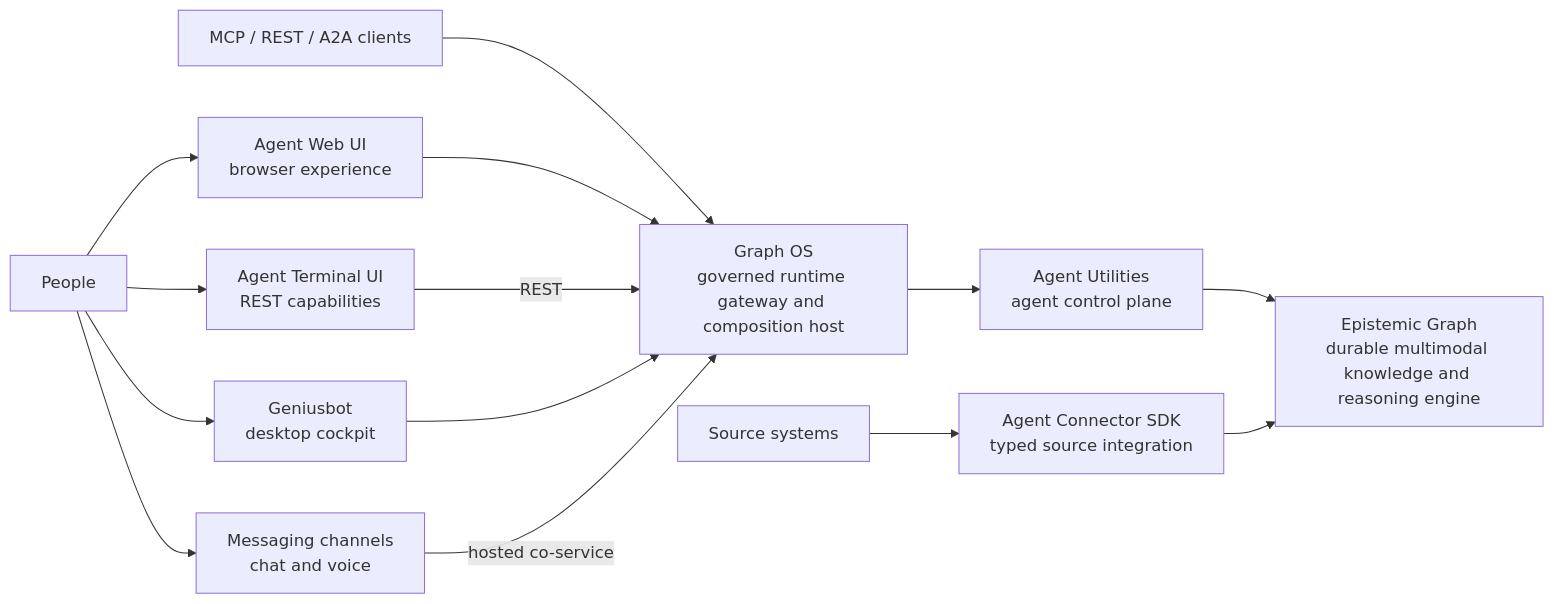
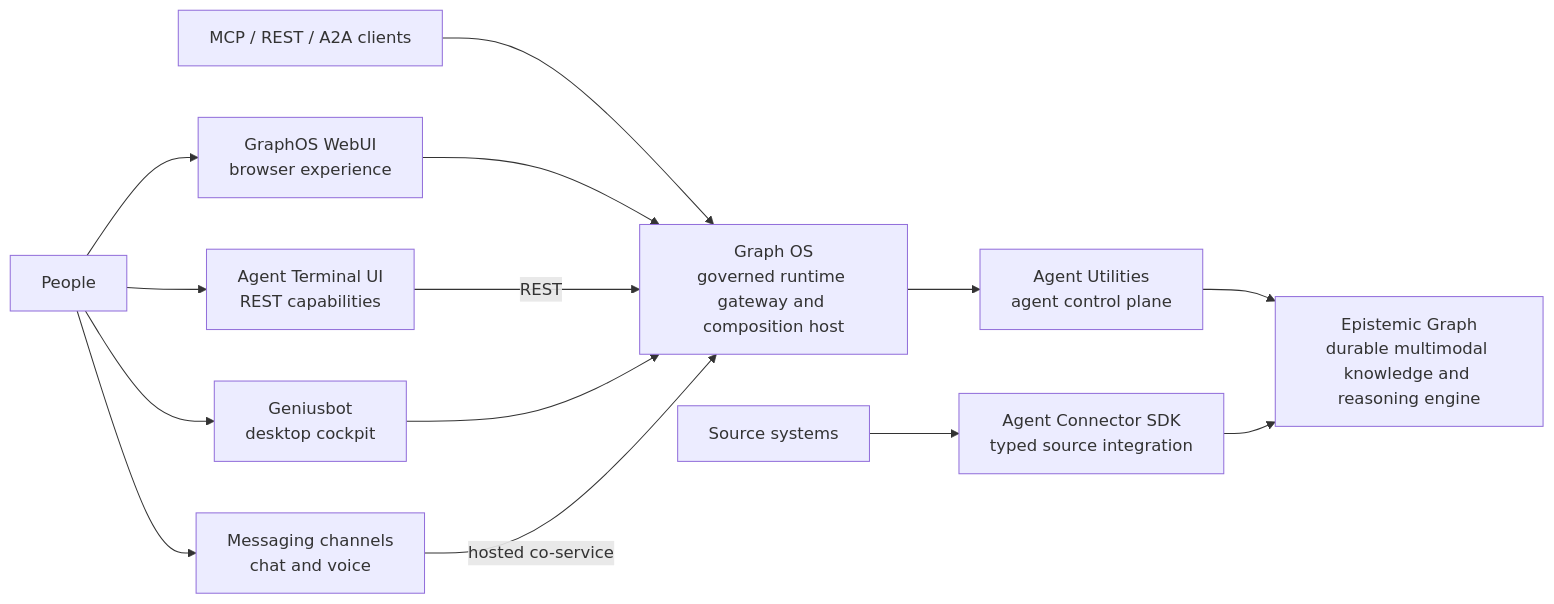
Before and after one commit to Knuckles-Team/agent-connector-sdk: the diagram in docs/assets/runtime-architecture.mmd, drawn with Mermaid. The commit also changed 2 other files, not shown here.

Commit message:
docs: sync GraphOS WebUI name in shared theme

```diff
--- a/docs/assets/runtime-architecture.mmd
+++ b/docs/assets/runtime-architecture.mmd
@@ -1,26 +1,26 @@
 flowchart LR
   People["People"]
-  WebUI["Agent Web UI<br/>browser experience"]
+  WebUI["GraphOS WebUI<br/>browser experience"]
   TUI["Agent Terminal UI<br/>REST capabilities"]
   Genius["Geniusbot<br/>desktop cockpit"]
   Messaging["Messaging channels<br/>chat and voice"]
   Clients["MCP / REST / A2A clients"]
   GraphOS["Graph OS<br/>governed runtime gateway and composition host"]
   AU["Agent Utilities<br/>agent control plane"]
   EG["Epistemic Graph<br/>durable multimodal knowledge and reasoning engine"]
   Sources["Source systems"]
   SDK["Agent Connector SDK<br/>typed source integration"]
 
   People --> WebUI
   People --> TUI
   People --> Genius
   People --> Messaging
   Clients --> GraphOS
   WebUI --> GraphOS
   TUI -->|REST| GraphOS
   Genius --> GraphOS
   Messaging -->|hosted co-service| GraphOS
   GraphOS --> AU
   AU --> EG
   Sources --> SDK
   SDK --> EG
```
